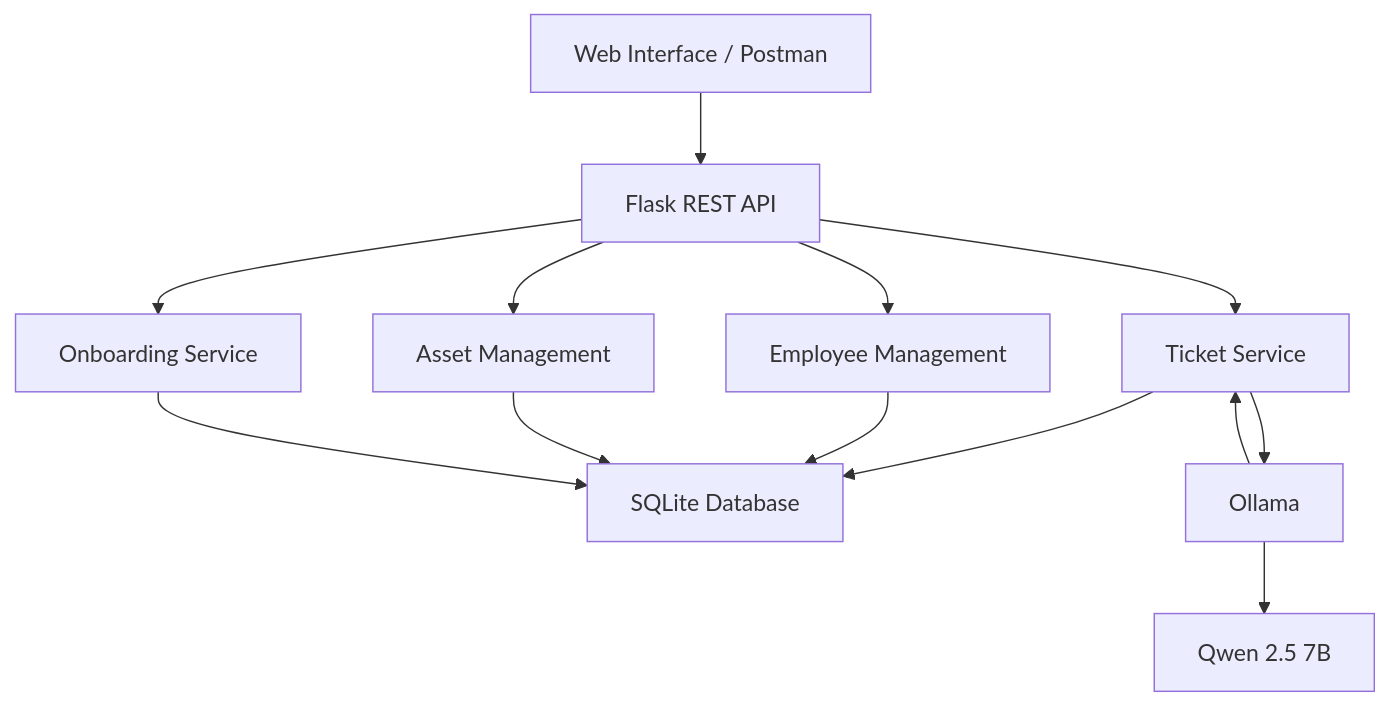
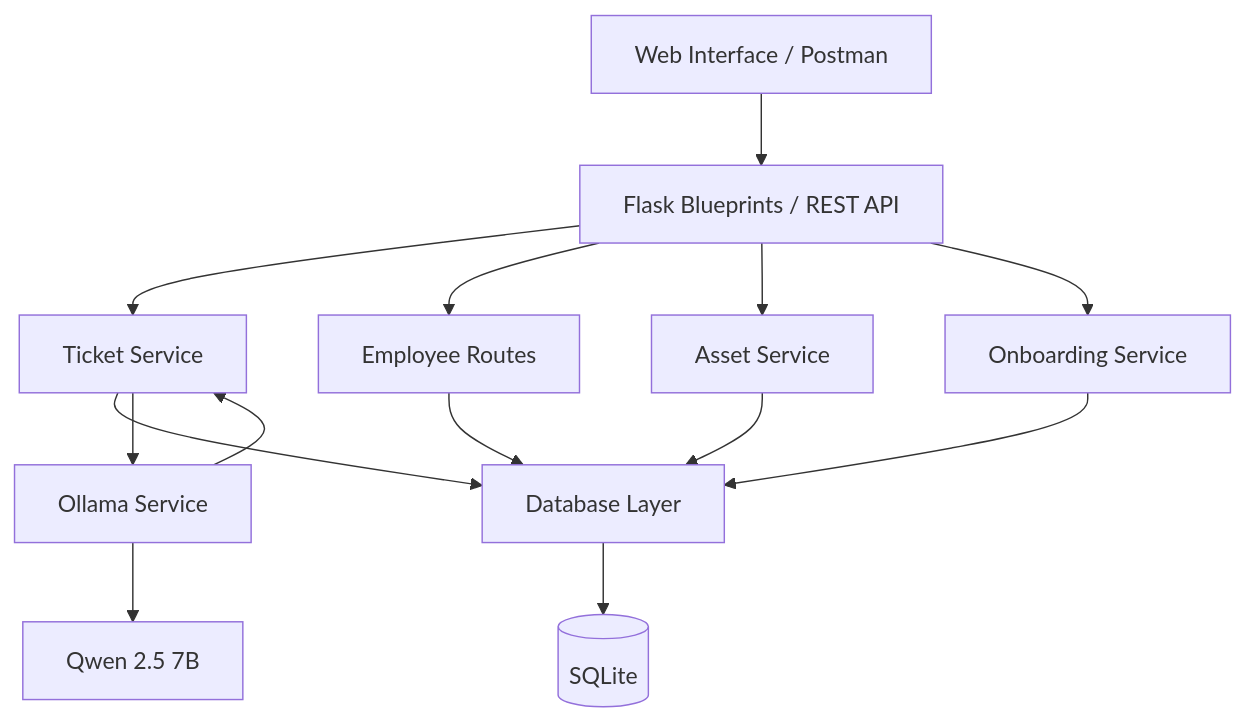
One commit to PatF3lix/IT-Automation-POC changed the diagram in README.md. Above: the diagram before and after it, drawn with Mermaid. The commit also changed other lines of this file and 2 other files, not shown here.

Commit message:
updated readme and started to make docker file and dockerignore file for the flask application

````diff
--- a/README.md
+++ b/README.md
@@ -46,20 +58,16 @@
 ```mermaid
 flowchart TD
-
-    A[Web Interface / Postman] --> B[Flask REST API]
-
+    A[Web Interface / Postman] --> B[Flask Blueprints / REST API]
     B --> C[Ticket Service]
-    B --> D[Employee Management]
-    B --> E[Asset Management]
+    B --> D[Employee Routes]
+    B --> E[Asset Service]
     B --> F[Onboarding Service]
-
-    C --> G[SQLite Database]
+    C --> G[Database Layer]
     D --> G
     E --> G
     F --> G
-
-    C --> H[Ollama]
-    H --> I[Qwen 2.5 7B]
-
-    H --> C
+    G --> H[(SQLite)]
+    C --> I[Ollama Service]
+    I --> J[Qwen 2.5 7B]
+    I --> C
 ```
````
